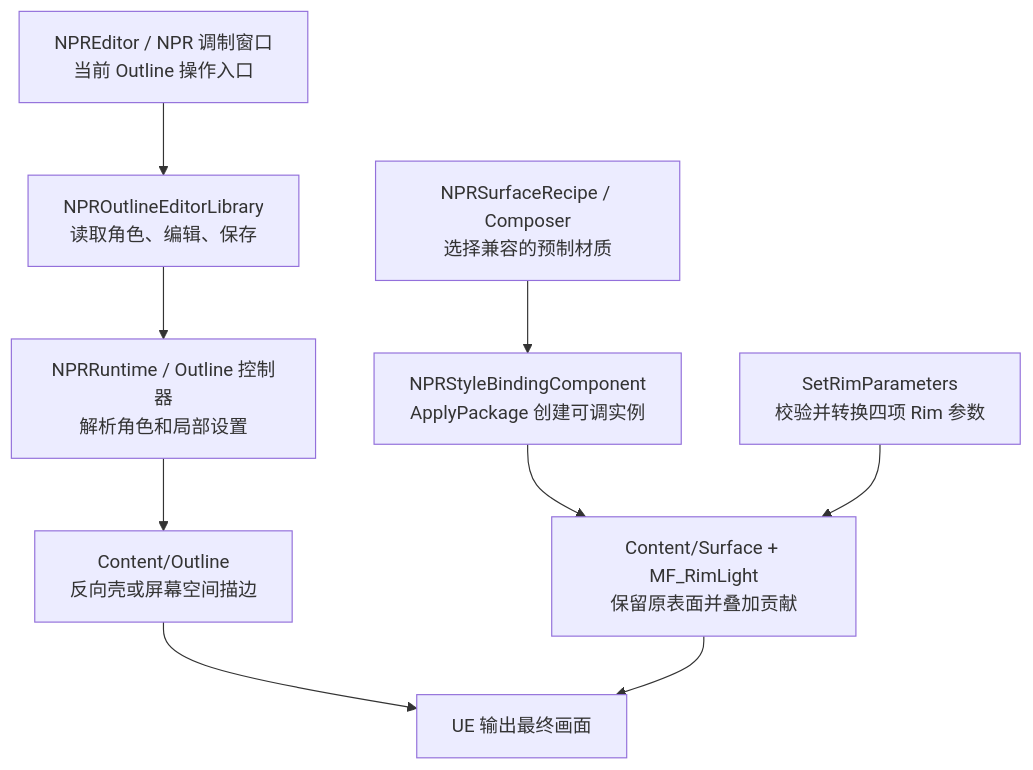
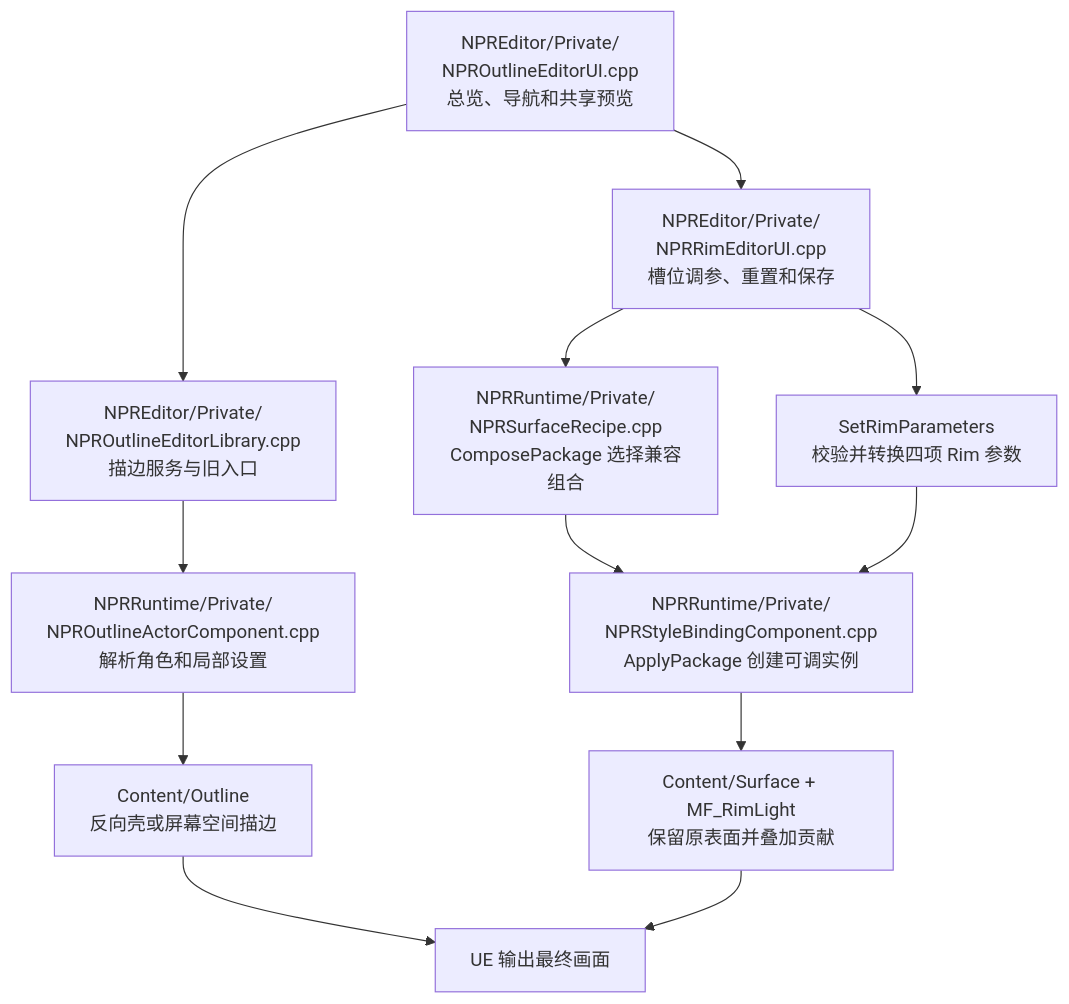
Before and after one commit to AsuBTTS/PrincipledNPR: the diagram in Documentation/项目架构设计.md, drawn with Mermaid. The commit also changed other lines of this file and 176 other files, not shown here.

Commit message:
feat(editor): add NPR workspace and live Rim previews

````diff
--- a/Documentation/项目架构设计.md
+++ b/Documentation/项目架构设计.md
@@ -76,11 +76,14 @@
 ```mermaid
 flowchart TD
-    A["NPREditor / NPR 调制窗口<br/>当前 Outline 操作入口"] --> B["NPROutlineEditorLibrary<br/>读取角色、编辑、保存"]
-    B --> C["NPRRuntime / Outline 控制器<br/>解析角色和局部设置"]
+    A["NPREditor/Private/<br/>NPROutlineEditorUI.cpp<br/>总览、导航和共享预览"] --> B["NPREditor/Private/<br/>NPROutlineEditorLibrary.cpp<br/>描边服务与旧入口"]
+    B --> C["NPRRuntime/Private/<br/>NPROutlineActorComponent.cpp<br/>解析角色和局部设置"]
     C --> D["Content/Outline<br/>反向壳或屏幕空间描边"]
-    E["NPRSurfaceRecipe / Composer<br/>选择兼容的预制材质"] --> F["NPRStyleBindingComponent<br/>ApplyPackage 创建可调实例"]
+    A --> R["NPREditor/Private/<br/>NPRRimEditorUI.cpp<br/>槽位调参、重置和保存"]
+    R --> E["NPRRuntime/Private/<br/>NPRSurfaceRecipe.cpp<br/>ComposePackage 选择兼容组合"]
+    E --> F["NPRRuntime/Private/<br/>NPRStyleBindingComponent.cpp<br/>ApplyPackage 创建可调实例"]
     F --> G["Content/Surface + MF_RimLight<br/>保留原表面并叠加贡献"]
-    H["SetRimParameters<br/>校验并转换四项 Rim 参数"] --> G
+    R --> H["SetRimParameters<br/>校验并转换四项 Rim 参数"]
+    H --> F
     D --> I["UE 输出最终画面"]
     G --> I
 ```
````
